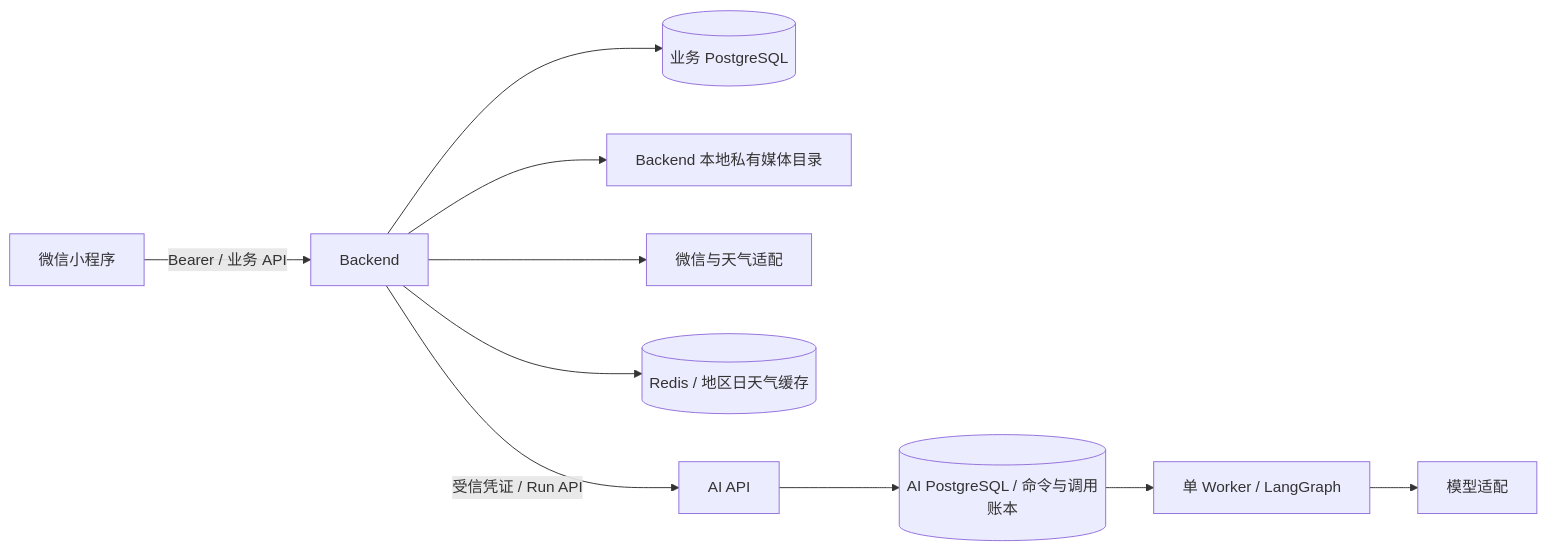
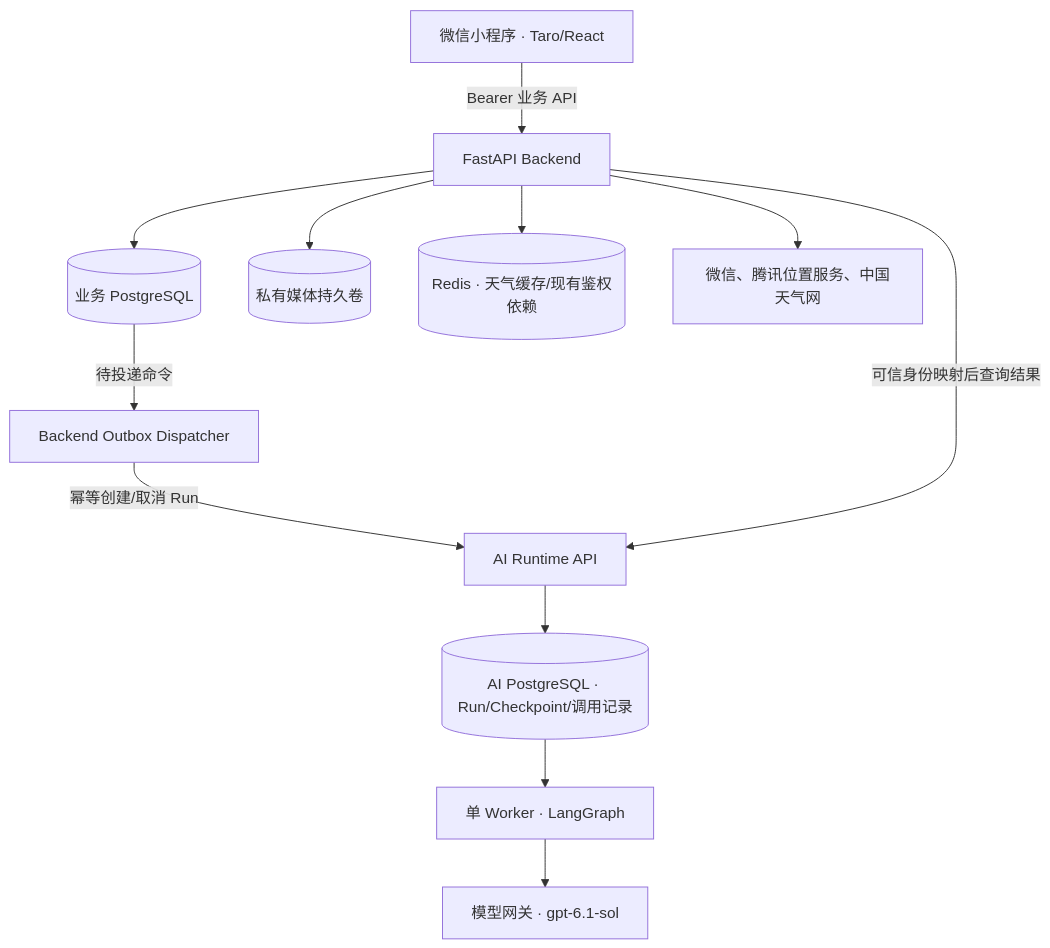
Before and after one commit to shadowgxq/ai-fullstack-template: the second of 2 diagrams in docs/architecture/wardrobe/overview.md, drawn with Mermaid. The commit also changed other lines of this file and 15 other files, not shown here.

````diff
--- a/docs/architecture/wardrobe/overview.md
+++ b/docs/architecture/wardrobe/overview.md
@@ -55,12 +37,14 @@
 ```mermaid
-flowchart LR
-  M[微信小程序] -->|Bearer / 业务 API| B[Backend]
+flowchart TB
+  M[微信小程序 · Taro/React] -->|Bearer 业务 API| B[FastAPI Backend]
   B --> D[(业务 PostgreSQL)]
-  B --> S[Backend 本地私有媒体目录]
-  B --> W[微信与天气适配]
-  B --> R[(Redis / 地区日天气缓存)]
-  B -->|受信凭证 / Run API| A[AI API]
-  A --> Q[(AI PostgreSQL / 命令与调用账本)]
-  Q --> K[单 Worker / LangGraph]
-  K --> L[模型适配]
+  B --> F[(私有媒体持久卷)]
+  B --> R[(Redis · 天气缓存/现有鉴权依赖)]
+  B --> X[微信、腾讯位置服务、中国天气网]
+  D -->|待投递命令| O[Backend Outbox Dispatcher]
+  O -->|幂等创建/取消 Run| A[AI Runtime API]
+  B -->|可信身份映射后查询结果| A
+  A --> Q[(AI PostgreSQL · Run/Checkpoint/调用记录)]
+  Q --> K[单 Worker · LangGraph]
+  K --> L[模型网关 · gpt-6.1-sol]
 ```
````
